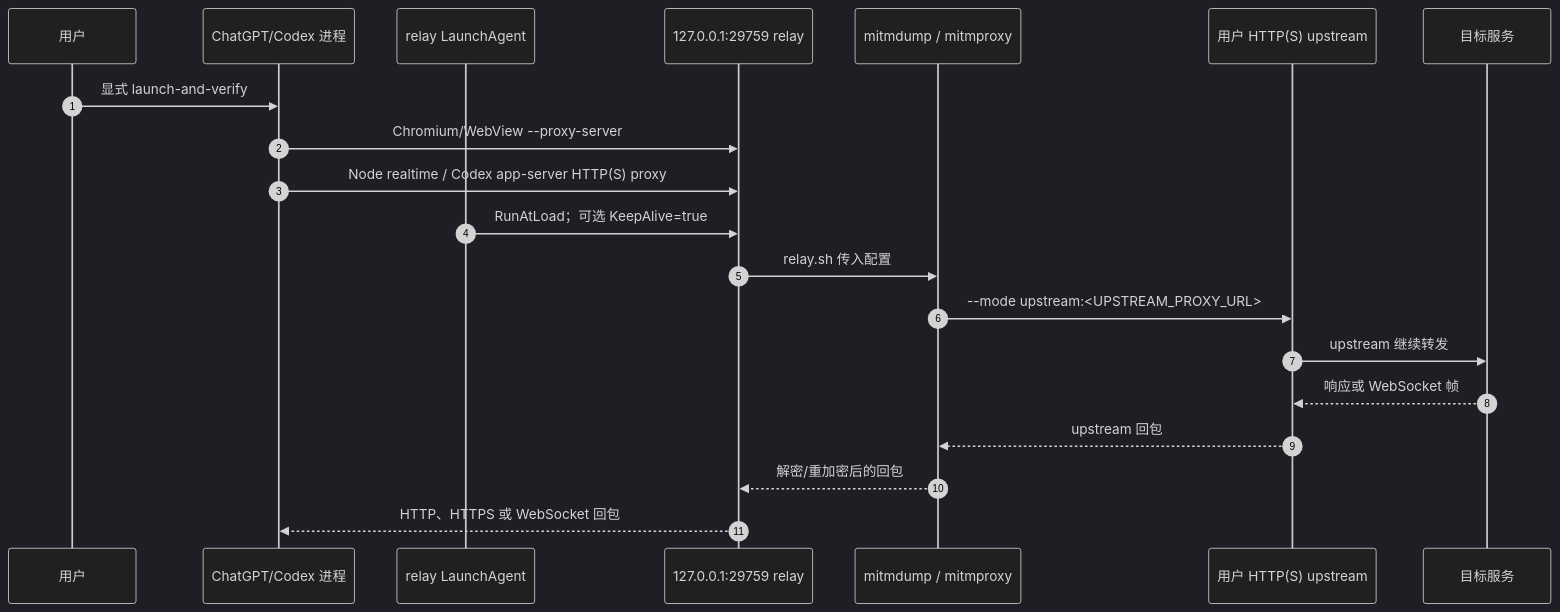
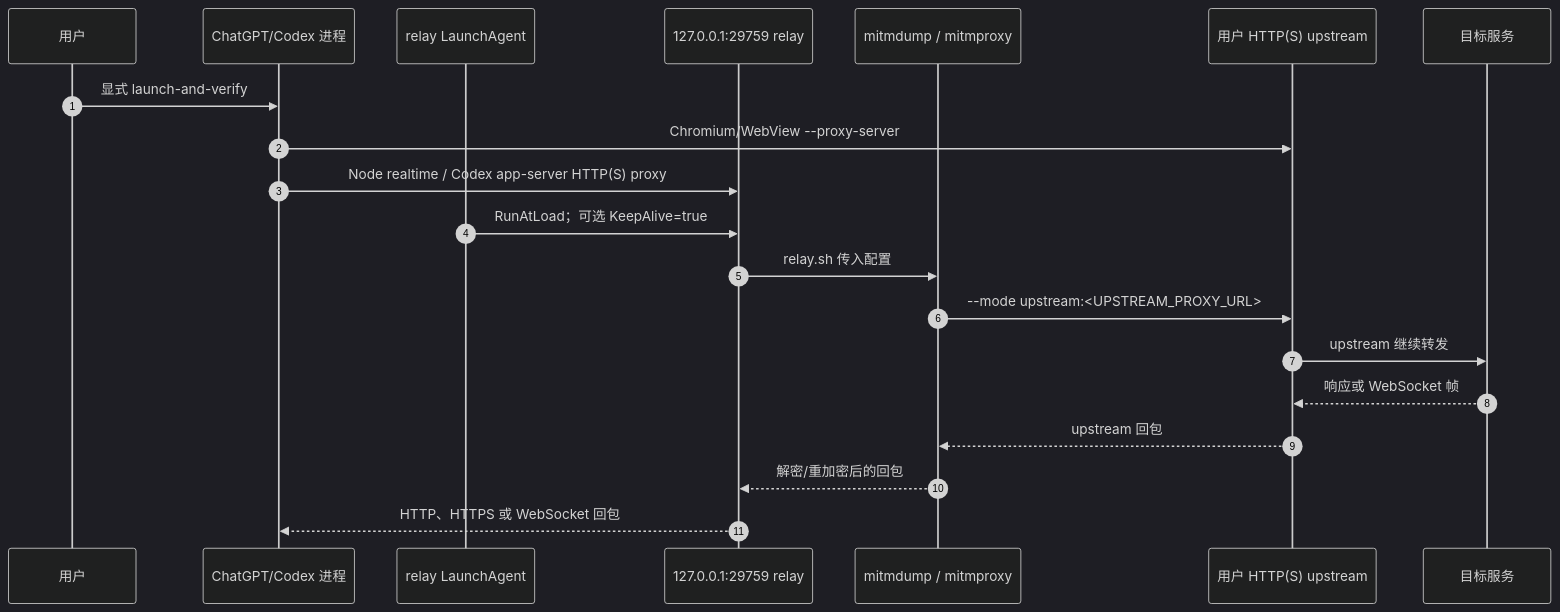
Before and after one commit to kumaxs/codex-proxy: the diagram in docs/ARCHITECTURE.md, drawn with Mermaid (dark theme). The commit also changed other lines of this file and 6 other files, not shown here.

````diff
--- a/docs/ARCHITECTURE.md
+++ b/docs/ARCHITECTURE.md
@@ -18,23 +18,23 @@
 ```mermaid
 sequenceDiagram
   autonumber
   participant User as 用户
   participant C as ChatGPT/Codex 进程
   participant A as relay LaunchAgent
   participant R as 127.0.0.1:29759 relay
   participant M as mitmdump / mitmproxy
   participant U as 用户 HTTP(S) upstream
   participant T as 目标服务
 
   User->>C: 显式 launch-and-verify
-  C->>R: Chromium/WebView --proxy-server
+  C->>U: Chromium/WebView --proxy-server
   C->>R: Node realtime / Codex app-server HTTP(S) proxy
   A->>R: RunAtLoad；可选 KeepAlive=true
   R->>M: relay.sh 传入配置
   M->>U: --mode upstream:<UPSTREAM_PROXY_URL>
   U->>T: upstream 继续转发
   T-->>U: 响应或 WebSocket 帧
   U-->>M: upstream 回包
   M-->>R: 解密/重加密后的回包
   R-->>C: HTTP、HTTPS 或 WebSocket 回包
 ```
````
